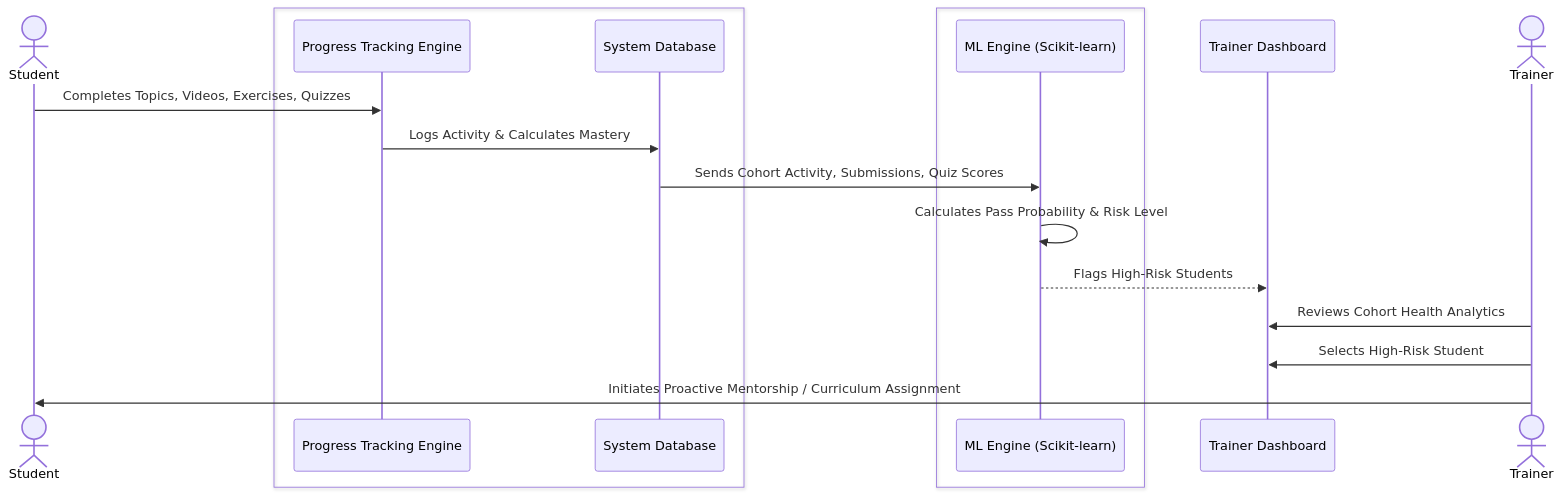
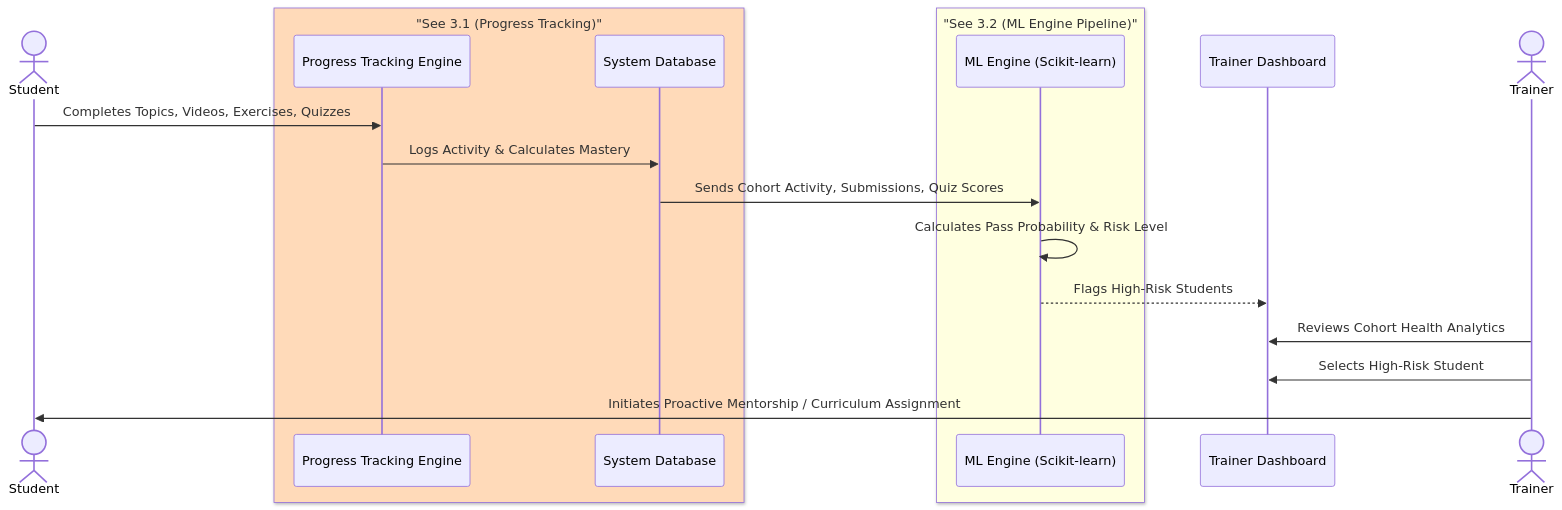
The seventh of 18 diagrams in README.md (suyash-rgb/JS-Mentor), drawn with Mermaid before and after one commit. The commit also changed other lines of this file, not shown here.

Commit message:
changing color format

````diff
--- a/README.md
+++ b/README.md
@@ -239,25 +239,25 @@
 ```mermaid
 sequenceDiagram
     actor S as Student
     
-    box #FFE6D5 "See 3.1 (Progress Tracking)"
+    box PeachPuff "See 3.1 (Progress Tracking)"
     participant PT as Progress Tracking Engine
     participant DB as System Database
     end
     
-    box #FFFFD4 "See 3.2 (ML Engine Pipeline)"
+    box LightYellow "See 3.2 (ML Engine Pipeline)"
     participant ML as ML Engine (Scikit-learn)
     end
     
     participant Dashboard as Trainer Dashboard
     actor T as Trainer
 
     S->>PT: Completes Topics, Videos, Exercises, Quizzes
     PT->>DB: Logs Activity & Calculates Mastery
     DB->>ML: Sends Cohort Activity, Submissions, Quiz Scores
     ML->>ML: Calculates Pass Probability & Risk Level
     ML-->>Dashboard: Flags High-Risk Students
     T->>Dashboard: Reviews Cohort Health Analytics
     T->>Dashboard: Selects High-Risk Student
     T->>S: Initiates Proactive Mentorship / Curriculum Assignment
 ```
````
